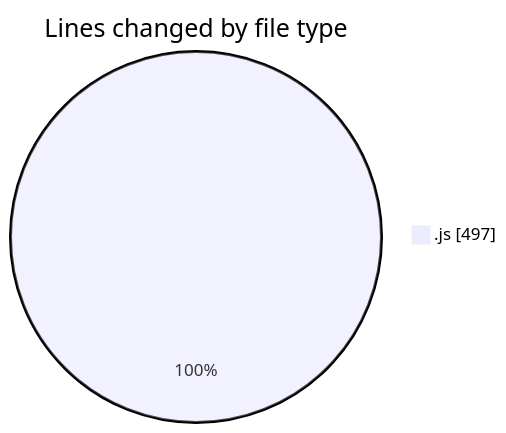
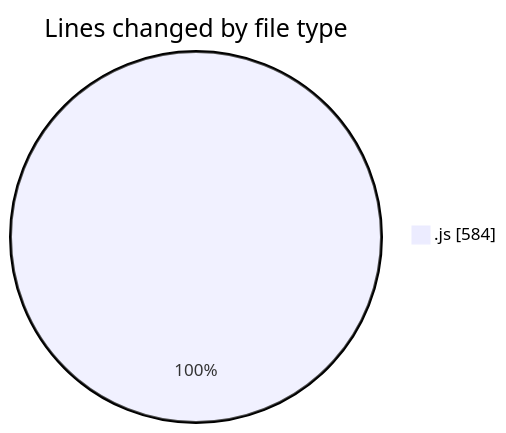
Before and after one commit to momahboobian/code-tracking: the first of 2 diagrams in 2025-03-11/cda/README.md, drawn with Mermaid. The commit also changed other lines of this file and 1 other file, not shown here.

````diff
--- a/2025-03-11/cda/README.md
+++ b/2025-03-11/cda/README.md
@@ -26,5 +28,5 @@
 ```mermaid
 pie showData
 title Lines changed by file type
-".js" : 497
+".js" : 584
 ```
````
